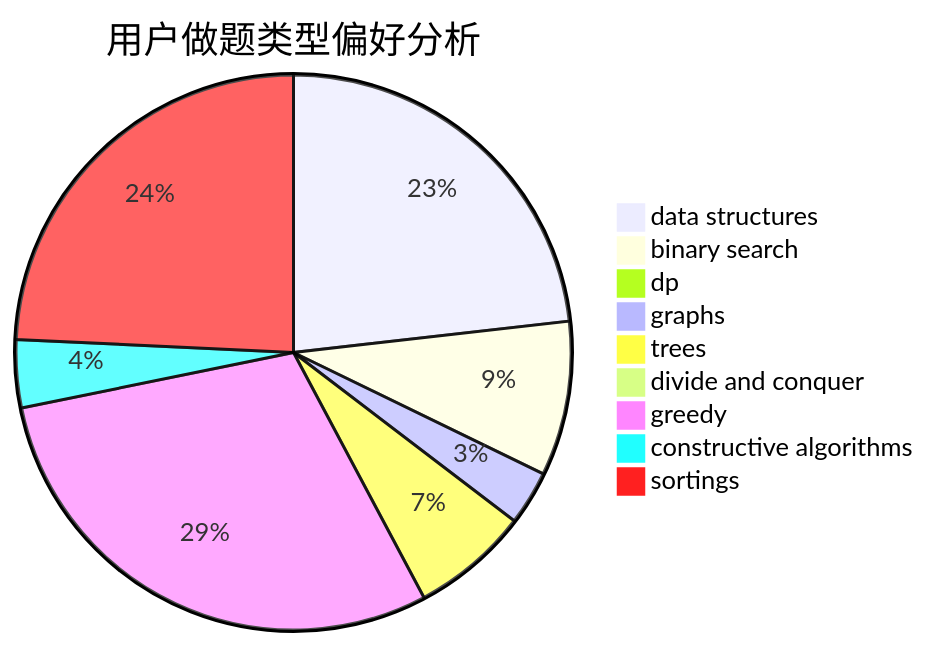
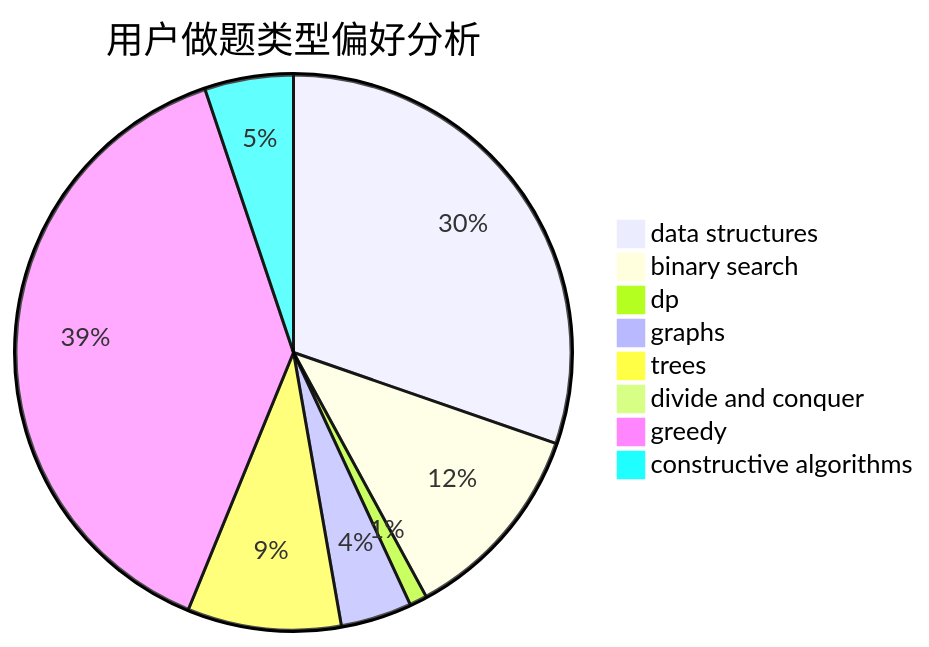
The second of 3 diagrams in docs/user/u1441.md (sherpahu/cfrs.github.io), drawn with Mermaid before and after one commit. The commit also changed other lines of this file and 2769 other files, not shown here.

````diff
--- a/docs/user/u1441.md
+++ b/docs/user/u1441.md
@@ -18,12 +18,11 @@
 ```mermaid
 pie title 用户做题类型偏好分析
     "data structures" :  505
     "binary search" :  196
     "dp" :  17
     "graphs" :  69
     "trees" :  149
     "divide and conquer" :  1
     "greedy" :  644
     "constructive algorithms" :  86
-    "sortings" :  528
 ```
````
